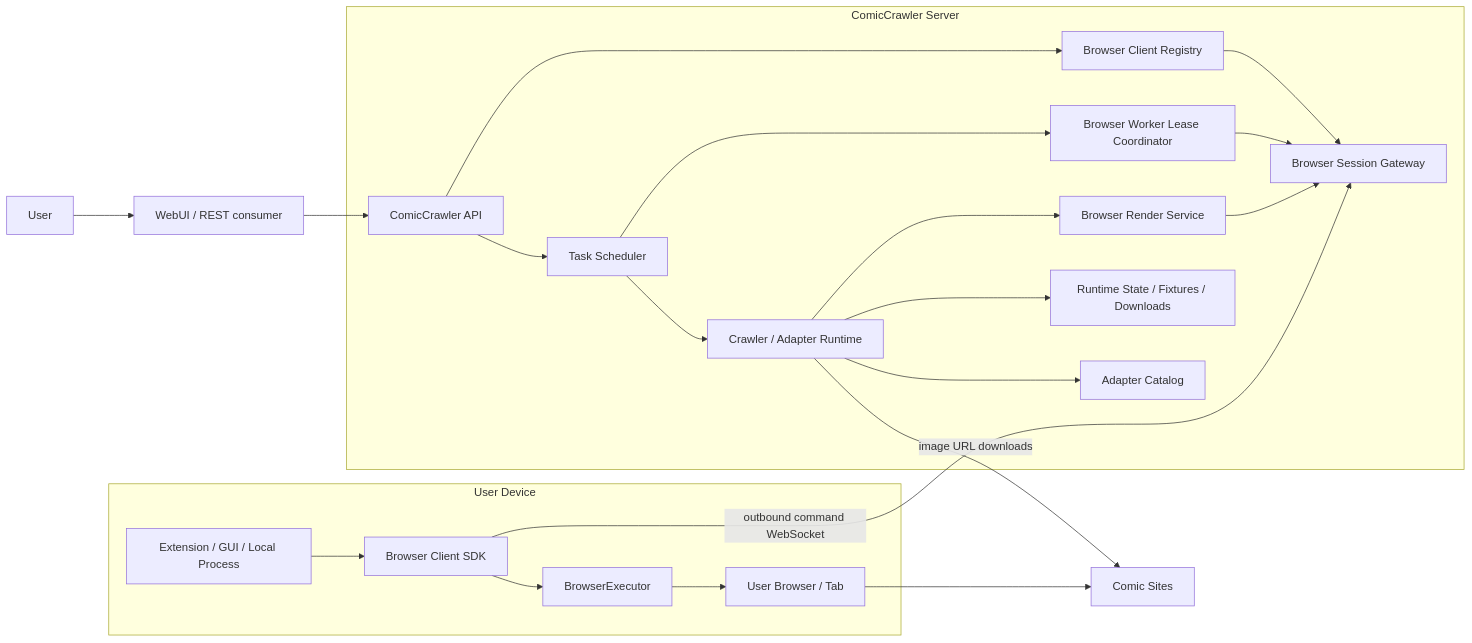
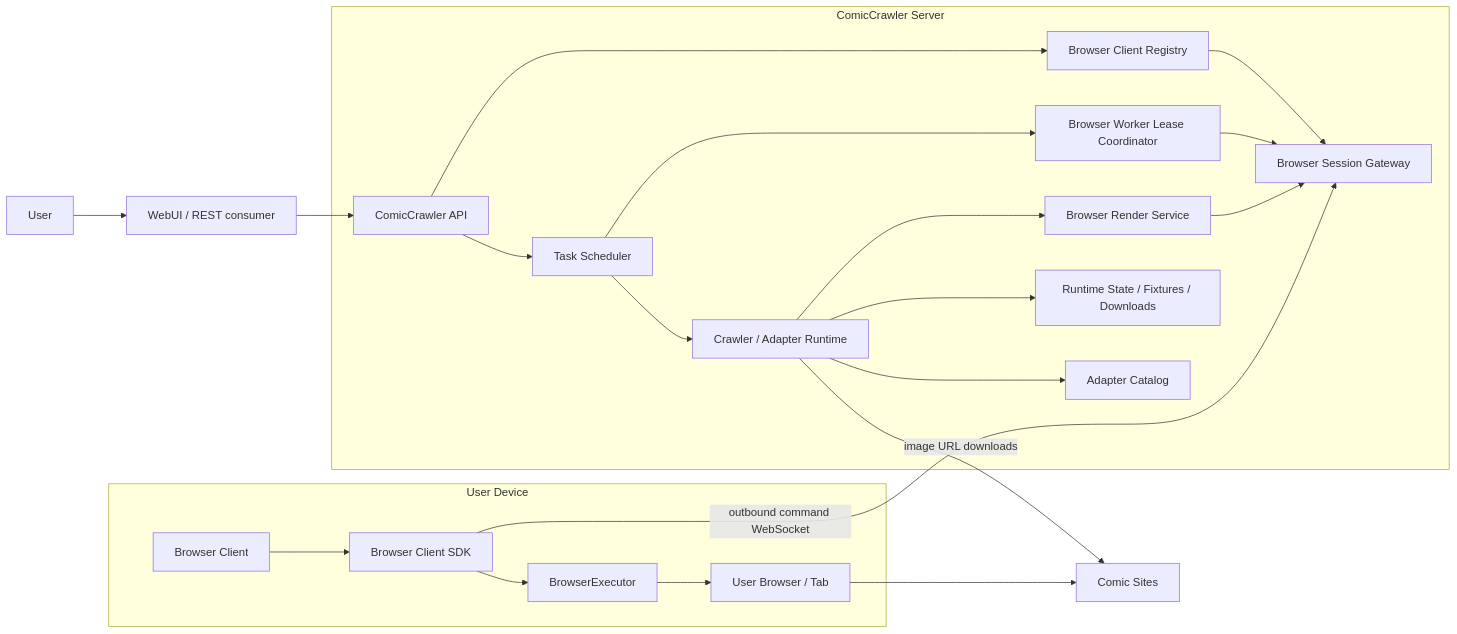
The first of 5 diagrams in docs/development/SDD.md (luberserker0v0/comic-crawler), drawn with Mermaid before and after one commit. The commit also changed other lines of this file and 83 other files, not shown here.

Commit message:
feat: complete browser client and adapter lifecycle flows

````diff
--- a/docs/development/SDD.md
+++ b/docs/development/SDD.md
@@ -5,32 +5,32 @@
 ```mermaid
 flowchart LR
   User[User] --> UI[WebUI / REST consumer]
   UI --> API[ComicCrawler API]
 
   subgraph Server[ComicCrawler Server]
     API --> Scheduler[Task Scheduler]
     Scheduler --> Runtime[Crawler / Adapter Runtime]
     API --> Registry[Browser Client Registry]
     Registry --> Gateway[Browser Session Gateway]
     Scheduler --> Lease[Browser Worker Lease Coordinator]
     Lease --> Gateway
     Runtime --> Render[Browser Render Service]
     Render --> Gateway
     Runtime --> Store[Runtime State / Fixtures / Downloads]
     Runtime --> Catalog[Adapter Catalog]
   end
 
   subgraph Device[User Device]
-    App[Extension / GUI / Local Process]
+    App[Browser Client]
     SDK[Browser Client SDK]
     Executor[BrowserExecutor]
     Browser[User Browser / Tab]
     App --> SDK
     SDK --> Executor
     Executor --> Browser
   end
 
   SDK -->|outbound command WebSocket| Gateway
   Browser --> Sites[Comic Sites]
   Runtime -->|image URL downloads| Sites
 ```
````
